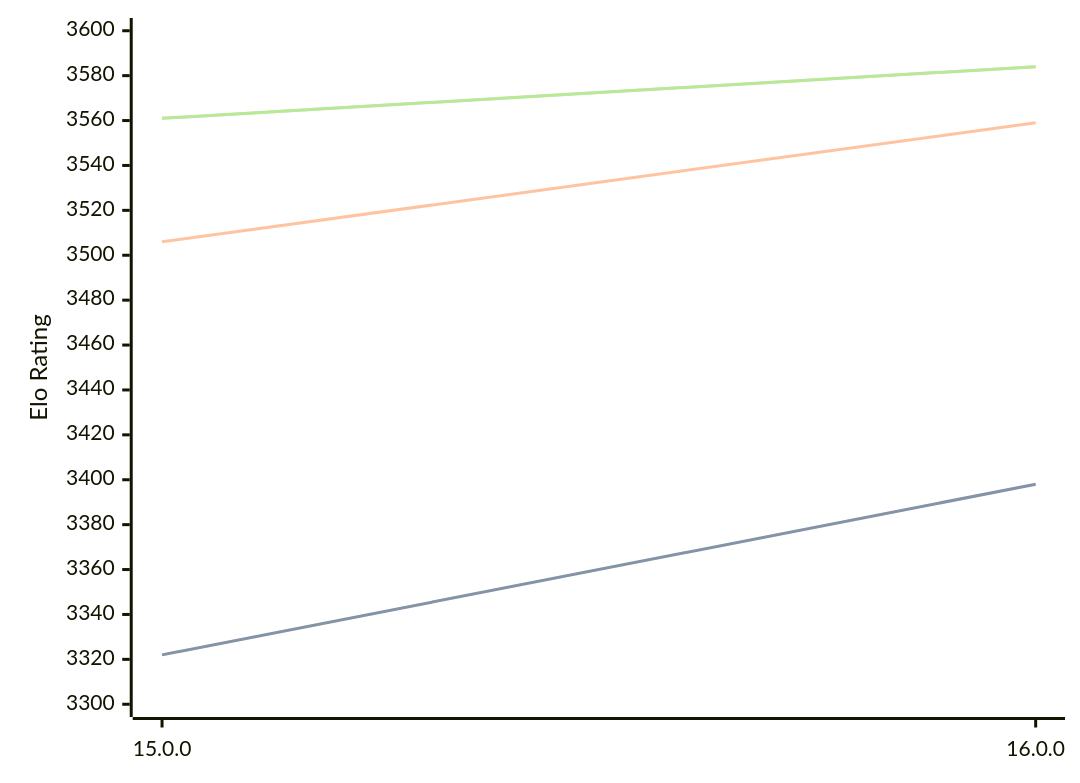
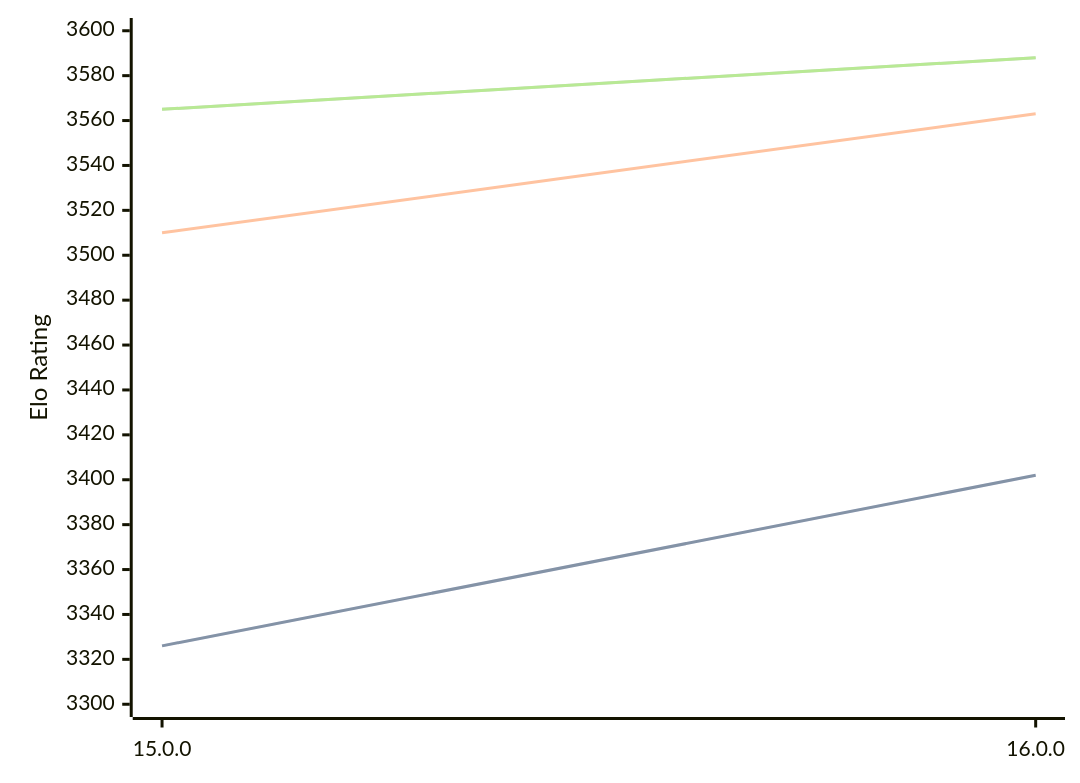
Before and after one commit to computer-chess-index/cci: the diagram in engines/Halogen.md, drawn with Mermaid. The commit also changed other lines of this file, not shown here.

Commit message:
Update CCI Ratings (ELO VLTC) - 2026-04-30

````diff
--- a/engines/Halogen.md
+++ b/engines/Halogen.md
@@ -50,11 +50,11 @@
 ```mermaid
 %%{init: {"theme":"base","themeVariables":{"seriesColors:['#a3a3a3','#222221','#faa371']}}}%%
 xychart-beta
   x-axis ["15.0.0", "16.0.0"]
   y-axis "Elo Rating" 3300 --> 3600
-  line "STC (8.0+0.08s)" [3322, 3398]
-  line "STC (8.0+0.08s)" [3322, 3398]
-  line "LTC (60.0+0.60s)" [3506, 3559]
-  line "VLTC (2m24s+1.12s)" [3561, 3584]
-  line "VLTC (2m24s+1.12s)" [3561, 3584]
+  line "STC (8.0+0.08s)" [3326, 3402]
+  line "STC (8.0+0.08s)" [3326, 3402]
+  line "LTC (60.0+0.60s)" [3510, 3563]
+  line "VLTC (2m24s+1.12s)" [3565, 3588]
+  line "VLTC (2m24s+1.12s)" [3565, 3588]
 ```
````
